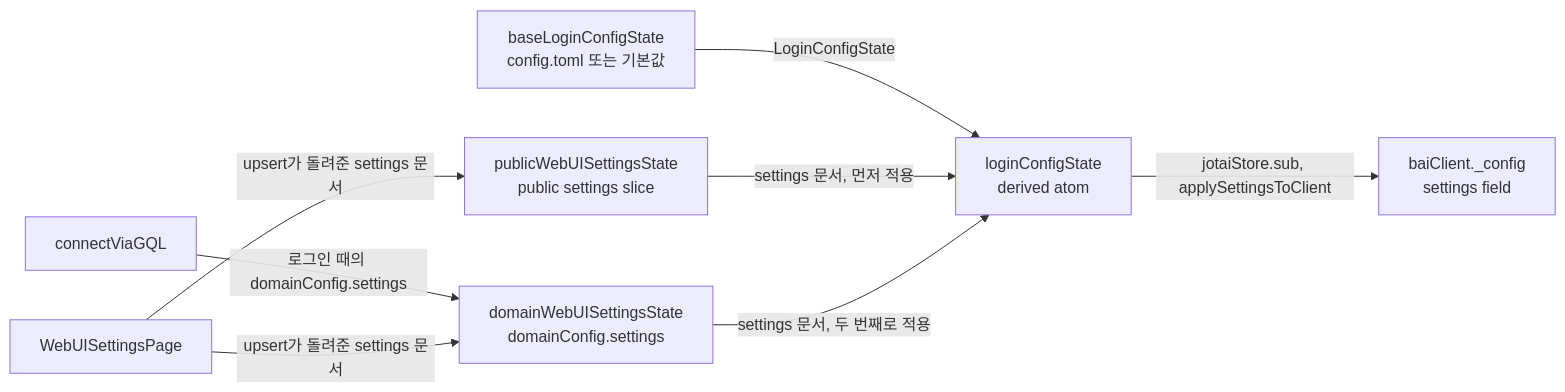
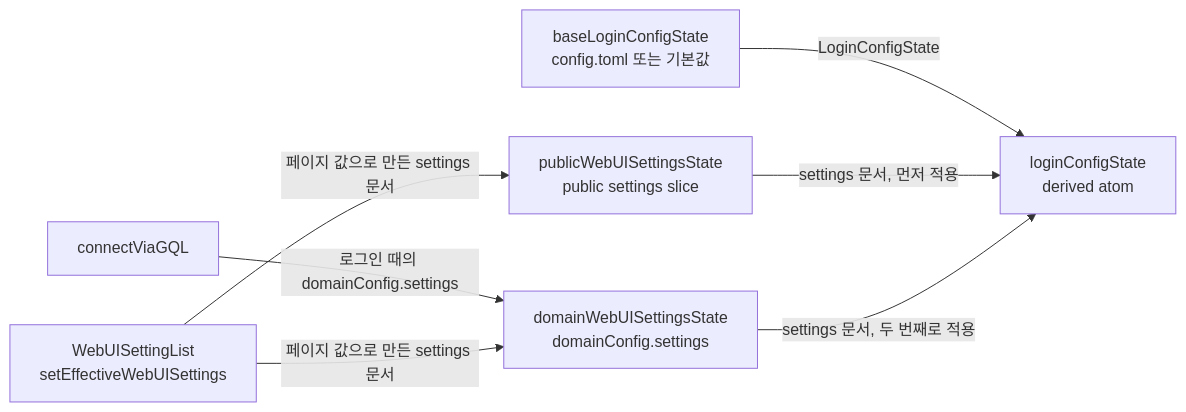
One commit to lablup/backend.ai-webui changed the second of 2 diagrams in docs/adr/0033-scoped-and-merged-app-config-hooks.ko.md. Above: the diagram before and after it, drawn with Mermaid. The commit also changed other lines of this file and 124 other files, not shown here.

Commit message:
feat(#10941): save System Settings on change and apply them without a reload (#11090)

````diff
--- a/docs/adr/0033-scoped-and-merged-app-config-hooks.ko.md
+++ b/docs/adr/0033-scoped-and-merged-app-config-hooks.ko.md
@@ -47,17 +47,15 @@
 ```mermaid
 flowchart LR
   sign["connectViaGQL"]
-  page["WebUISettingsPage"]
+  page["WebUISettingList<br/>setEffectiveWebUISettings"]
   base["baseLoginConfigState<br/>config.toml 또는 기본값"]
   pub["publicWebUISettingsState<br/>public settings slice"]
   dom["domainWebUISettingsState<br/>domainConfig.settings"]
   eff["loginConfigState<br/>derived atom"]
-  client["baiClient._config<br/>settings field"]
   sign -- "로그인 때의 domainConfig.settings" --> dom
-  page -- "upsert가 돌려준 settings 문서" --> pub
-  page -- "upsert가 돌려준 settings 문서" --> dom
+  page -- "페이지 값으로 만든 settings 문서" --> pub
+  page -- "페이지 값으로 만든 settings 문서" --> dom
   base -- "LoginConfigState" --> eff
   pub -- "settings 문서, 먼저 적용" --> eff
   dom -- "settings 문서, 두 번째로 적용" --> eff
-  eff -- "jotaiStore.sub, applySettingsToClient" --> client
 ```
````
